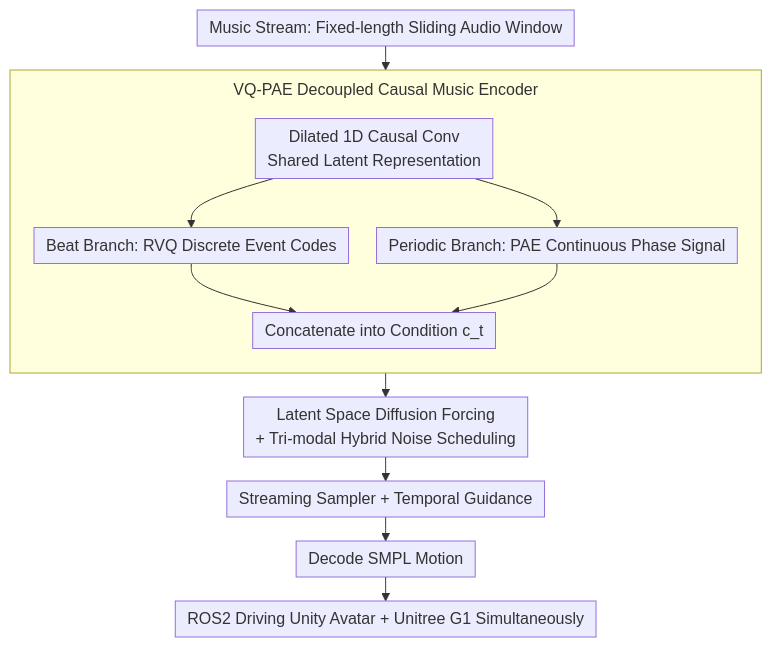
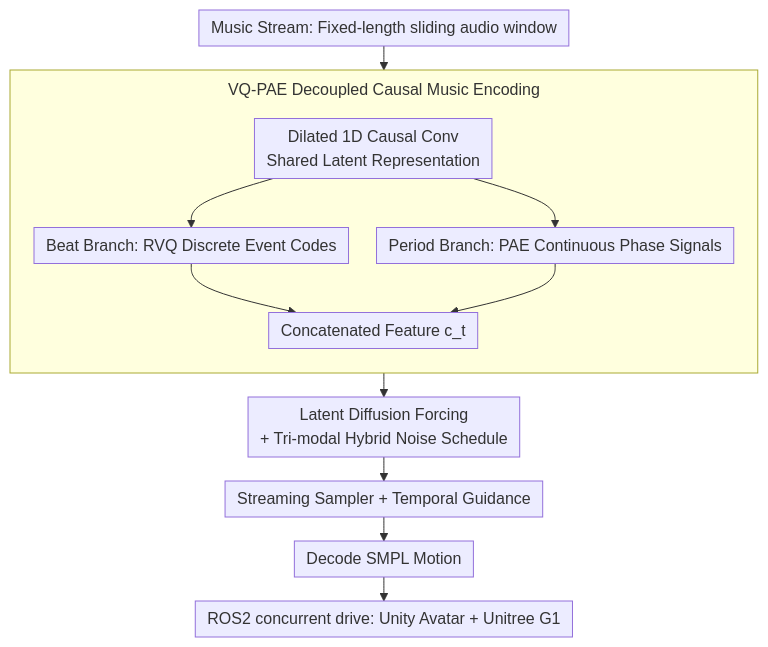
Before and after one commit to zhaoyang97/Paper-Notes-en: the diagram in docs/ICML2026/human_understanding/discoforcing_a_unified_framework_for_real-time_audio-driven_character_control_wi.md, drawn with Mermaid. The commit also changed other lines of this file and 5084 other files, not shown here.

````diff
--- a/docs/ICML2026/human_understanding/discoforcing_a_unified_framework_for_real-time_audio-driven_character_control_wi.md
+++ b/docs/ICML2026/human_understanding/discoforcing_a_unified_framework_for_real-time_audio-driven_character_control_wi.md
@@ -43,16 +43,16 @@
 ```mermaid
 %%{init: {'flowchart': {'rankSpacing': 24, 'nodeSpacing': 28, 'padding': 6, 'wrappingWidth': 400, 'subGraphTitleMargin': {'top': 8, 'bottom': 16}}}}%%
 flowchart TD
-    A["Music Stream: Fixed-length Sliding Audio Window"] --> B
-    subgraph B["VQ-PAE Decoupled Causal Music Encoder"]
+    A["Music Stream: Fixed-length sliding audio window"] --> B
+    subgraph B["VQ-PAE Decoupled Causal Music Encoding"]
         direction TB
         B0["Dilated 1D Causal Conv<br/>Shared Latent Representation"] --> B1["Beat Branch: RVQ Discrete Event Codes"]
-        B0 --> B2["Periodic Branch: PAE Continuous Phase Signal"]
-        B1 --> B3["Concatenate into Condition c_t"]
+        B0 --> B2["Period Branch: PAE Continuous Phase Signals"]
+        B1 --> B3["Concatenated Feature c_t"]
         B2 --> B3
     end
-    B --> C["Latent Space Diffusion Forcing<br/>+ Tri-modal Hybrid Noise Scheduling"]
+    B --> C["Latent Diffusion Forcing<br/>+ Tri-modal Hybrid Noise Schedule"]
     C --> D["Streaming Sampler + Temporal Guidance"]
     D --> E["Decode SMPL Motion"]
-    E --> F["ROS2 Driving Unity Avatar + Unitree G1 Simultaneously"]
+    E --> F["ROS2 concurrent drive: Unity Avatar + Unitree G1"]
 ```
````
